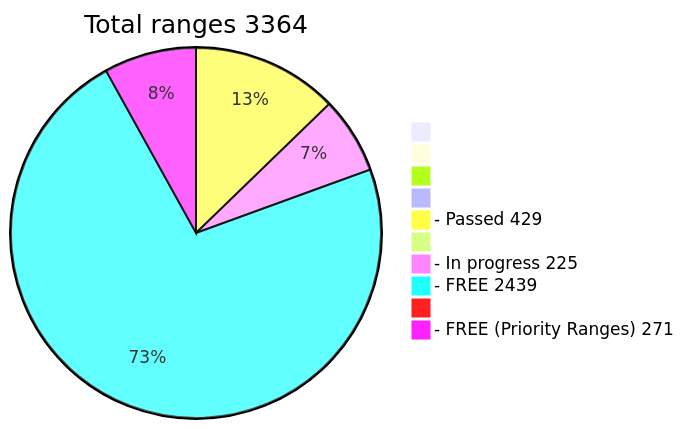
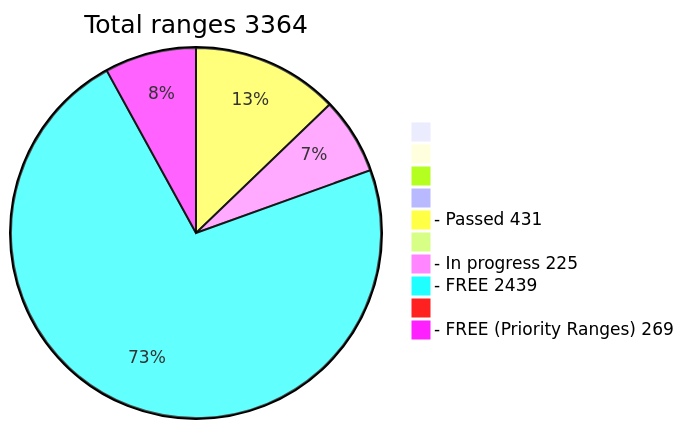
The diagram in README.md (phrutis/wif500), drawn with Mermaid before and after one commit.

````diff
--- a/README.md
+++ b/README.md
@@ -16,13 +16,13 @@
 ```mermaid
 pie title Total ranges 3364
              " " : 0
             "  " : 0
            "   " : 0
           "    " : 0
-  "- Passed 429" : 429
+  "- Passed 431" : 431
          "     " : 0
   "- In progress 225" : 225
    "- FREE 2439" : 2439
         "      " : 0
-  "- FREE (Priority Ranges) 271" : 271
+  "- FREE (Priority Ranges) 269" : 269
 ```
````
